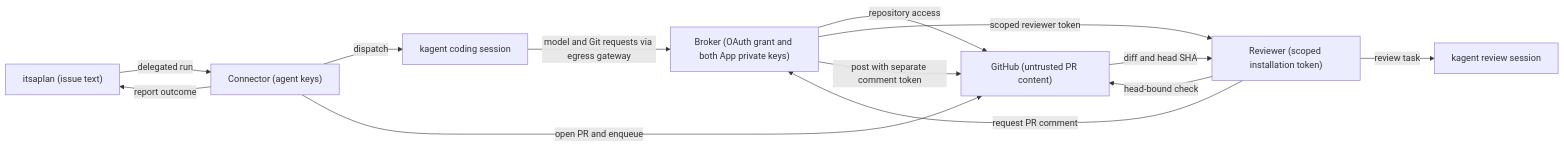
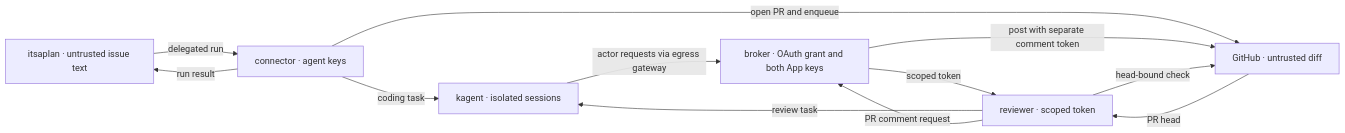
One commit to jomcgi-org/homelab changed the first of 2 diagrams in projects/factory/ARCHITECTURE.md. Above: the diagram before and after it, drawn with Mermaid. The commit also changed other lines of this file, not shown here.

First line of the commit message:
Show the six delivery components and link installed flows to findings

````diff
--- a/projects/factory/ARCHITECTURE.md
+++ b/projects/factory/ARCHITECTURE.md
@@ -5,15 +7,14 @@
 ```mermaid
 flowchart LR
-  plan["itsaplan (issue text)"] -->|delegated run| connector["Connector (agent keys)"]
-  connector -->|dispatch| kagent["kagent coding session"]
-  kagent -->|model and Git requests via egress gateway| broker["Broker (OAuth grant and both App private keys)"]
-  broker -->|repository access| github["GitHub (untrusted PR content)"]
-  connector -->|open PR and enqueue| github
-  github -->|diff and head SHA| reviewer["Reviewer (scoped installation token)"]
-  broker -->|scoped reviewer token| reviewer
-  reviewer -->|request PR comment| broker
+  itsaplan["itsaplan · untrusted issue text"] -->|delegated run| connector["connector · agent keys"]
+  connector -->|coding task| kagent["kagent · isolated sessions"]
+  kagent -->|actor requests via egress gateway| broker["broker · OAuth grant and both App keys"]
+  connector -->|open PR and enqueue| github["GitHub · untrusted diff"]
+  github -->|PR head| reviewer["reviewer · scoped token"]
+  reviewer -->|review task| kagent
+  broker -->|scoped token| reviewer
+  reviewer -->|PR comment request| broker
   broker -->|post with separate comment token| github
-  reviewer -->|review task| reviewAgent["kagent review session"]
   reviewer -->|head-bound check| github
-  connector -->|report outcome| plan
+  connector -->|run result| itsaplan
 ```
````
